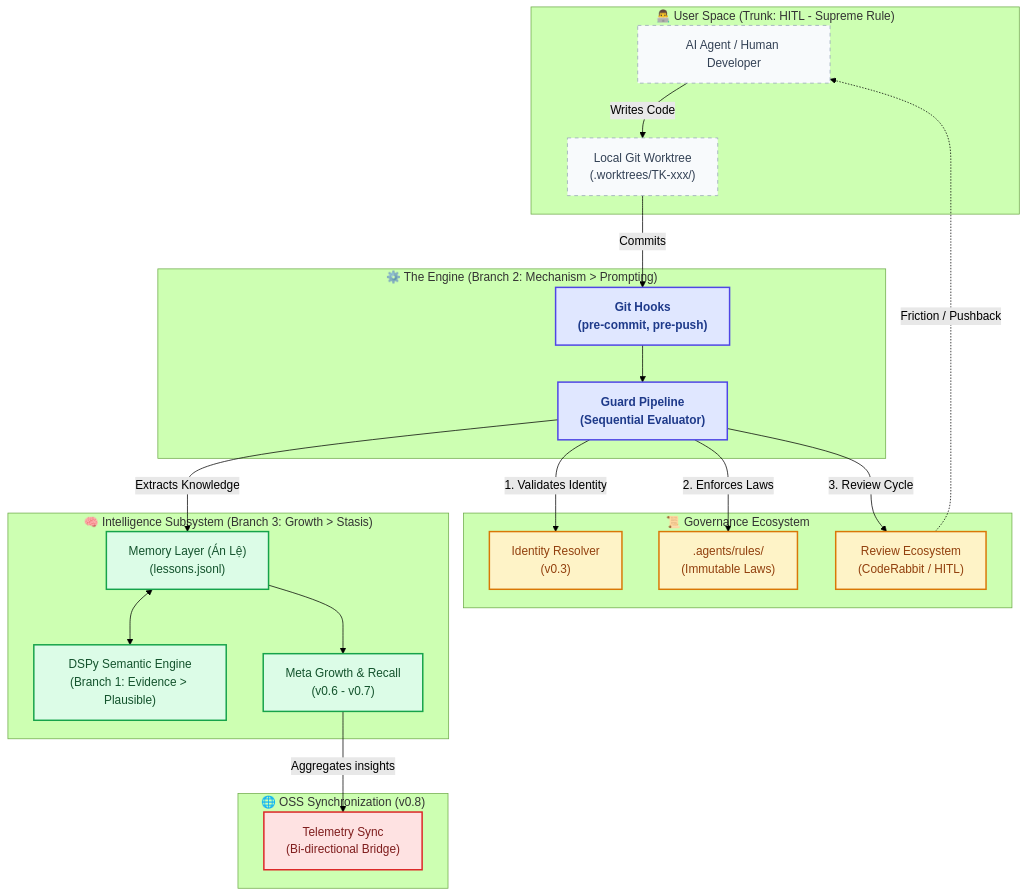
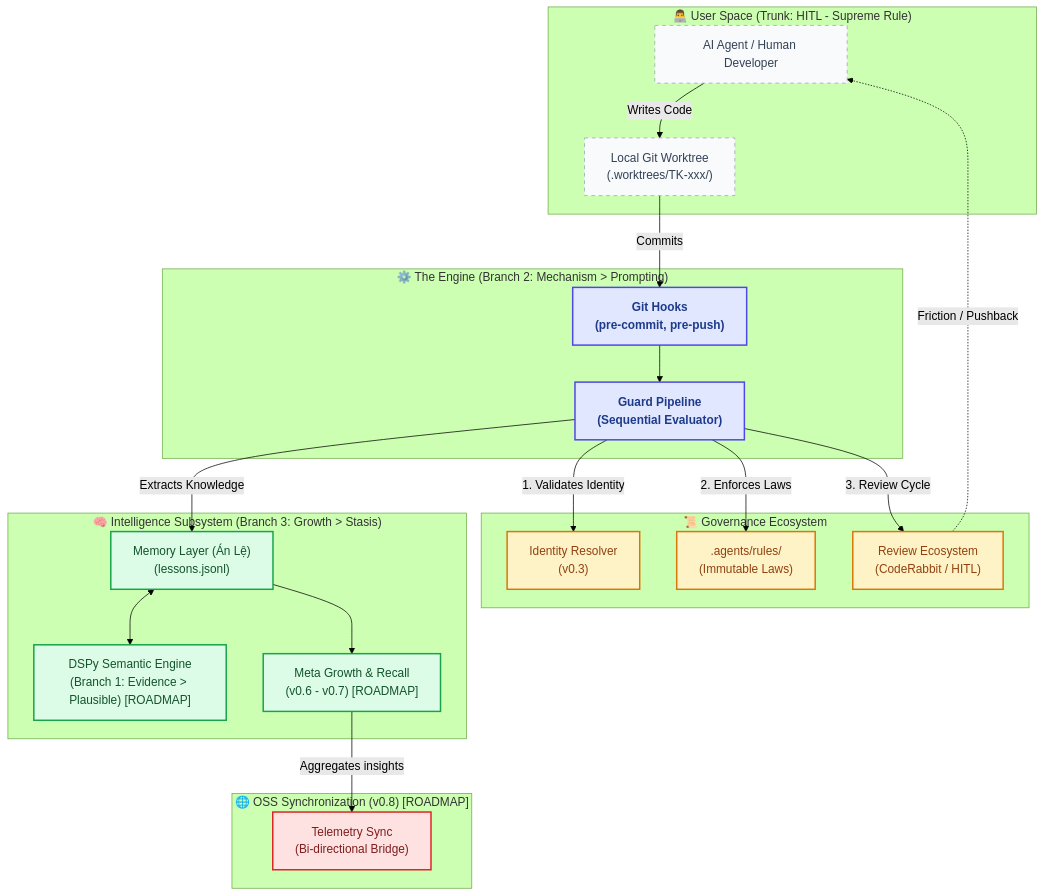
The first of 2 diagrams in docs/vision/system-blueprint.md (tamld/defense-in-depth), drawn with Mermaid (forest theme) before and after one commit. The commit also changed other lines of this file and 16 other files, not shown here.

````diff
--- a/docs/vision/system-blueprint.md
+++ b/docs/vision/system-blueprint.md
@@ -11,53 +13,53 @@
 ```mermaid
 flowchart TD
     %% Define Styles
     classDef external fill:#f8fafc,stroke:#94a3b8,stroke-dasharray: 5 5,color:#334155;
     classDef core fill:#e0e7ff,stroke:#4f46e5,stroke-width:2px,color:#1e3a8a,font-weight:bold;
     classDef config fill:#fef3c7,stroke:#d97706,stroke-width:2px,color:#92400e;
     classDef mem fill:#dcfce7,stroke:#16a34a,stroke-width:2px,color:#14532d;
     classDef sync fill:#fee2e2,stroke:#dc2626,stroke-width:2px,color:#7f1d1d;
 
     subgraph UserSpace ["👨‍💻 User Space (Trunk: HITL - Supreme Rule)"]
         ACTOR["AI Agent / Human Developer"]:::external
         WORKSPACE["Local Git Worktree<br/>(.worktrees/TK-xxx/)"]:::external
     end
 
     subgraph CoreEngine ["⚙️ The Engine (Branch 2: Mechanism > Prompting)"]
         HOOK["Git Hooks<br/>(pre-commit, pre-push)"]:::core
         GUARDS["Guard Pipeline<br/>(Sequential Evaluator)"]:::core
         
         HOOK --> GUARDS
     end
 
     subgraph RuntimeConfig ["📜 Governance Ecosystem"]
         IDENTITY["Identity Resolver<br/>(v0.3)"]:::config
         RULES[".agents/rules/<br/>(Immutable Laws)"]:::config
         ECOSYSTEM["Review Ecosystem<br/>(CodeRabbit / HITL)"]:::config
     end
 
     subgraph MemoryIntelligence ["🧠 Intelligence Subsystem (Branch 3: Growth > Stasis)"]
         MEMORY["Memory Layer (Án Lệ)<br/>(lessons.jsonl)"]:::mem
-        DSPY["DSPy Semantic Engine<br/>(Branch 1: Evidence > Plausible)"]:::mem
-        METRICS["Meta Growth & Recall<br/>(v0.6 - v0.7)"]:::mem
+        DSPY["DSPy Semantic Engine<br/>(Branch 1: Evidence > Plausible) [ROADMAP]"]:::mem
+        METRICS["Meta Growth & Recall<br/>(v0.6 - v0.7) [ROADMAP]"]:::mem
         
         MEMORY <--> DSPY
         MEMORY --> METRICS
     end
 
-    subgraph Telemetry ["🌐 OSS Synchronization (v0.8)"]
+    subgraph Telemetry ["🌐 OSS Synchronization (v0.8) [ROADMAP]"]
         SYNC["Telemetry Sync<br/>(Bi-directional Bridge)"]:::sync
     end
 
     %% Wiring it up
     ACTOR -->|Writes Code| WORKSPACE
     WORKSPACE -->|Commits| HOOK
     
     GUARDS -->|1. Validates Identity| IDENTITY
     GUARDS -->|2. Enforces Laws| RULES
     GUARDS -->|3. Review Cycle| ECOSYSTEM
     
     ECOSYSTEM -.->|Friction / Pushback| ACTOR
 
     GUARDS -->|Extracts Knowledge| MEMORY
     METRICS -->|Aggregates insights| SYNC
 ```
````
